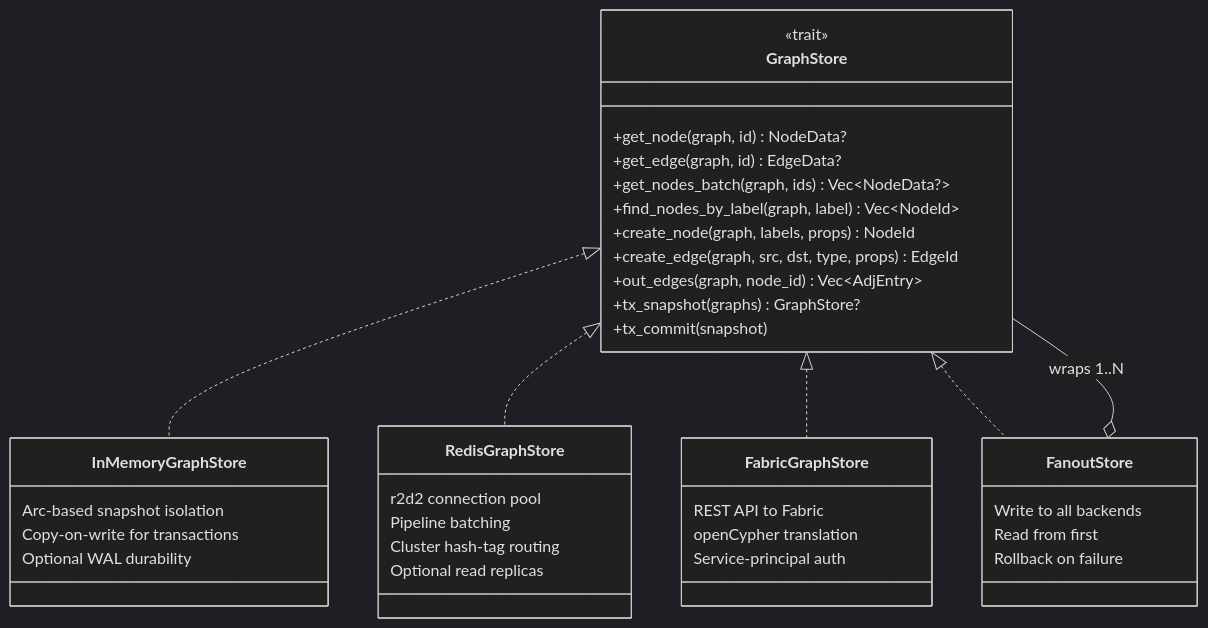
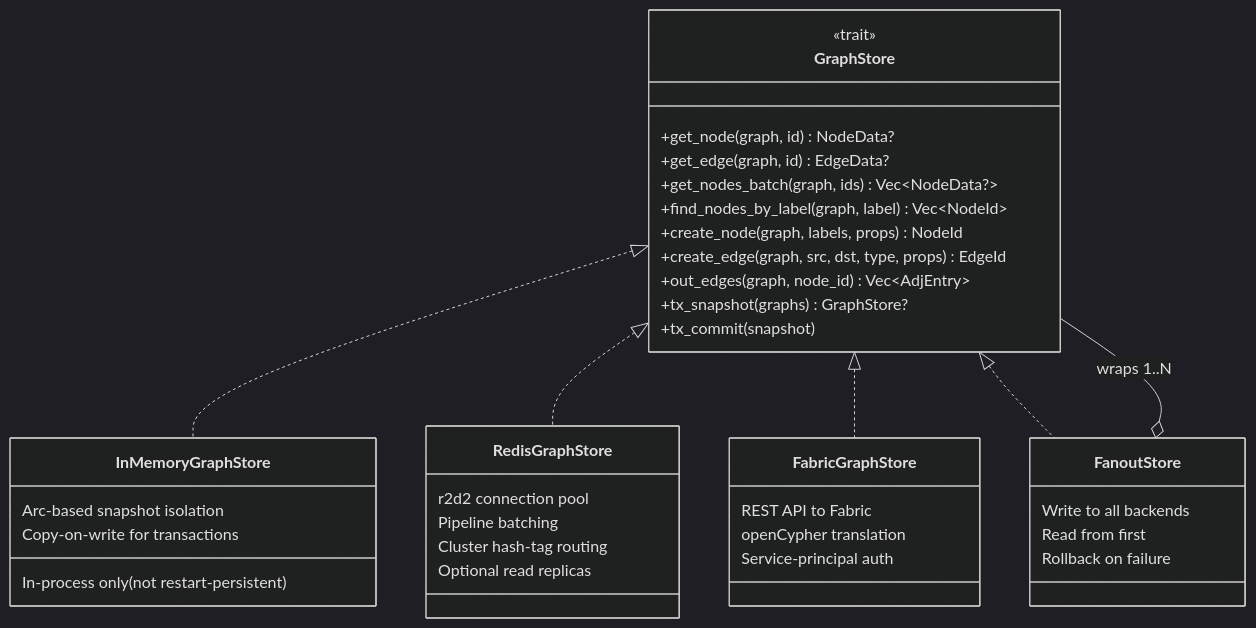
The fifth of 6 diagrams in docs/architecture.md (rysweet/SedanDelivery), drawn with Mermaid (dark theme) before and after one commit. The commit also changed other lines of this file and 2 other files, not shown here.

Commit message:
[AUDIT] Cycle 13 align module persistence docs
Align gql-module persistence docs, comments, and integration-test wording with the current in-memory contract: state survives within a running process, but restart durability is not implemented yet.

````diff
--- a/docs/architecture.md
+++ b/docs/architecture.md
@@ -157,46 +157,46 @@
 ```mermaid
 classDiagram
     class GraphStore {
         <<trait>>
         +get_node(graph, id) NodeData?
         +get_edge(graph, id) EdgeData?
         +get_nodes_batch(graph, ids) Vec~NodeData?~
         +find_nodes_by_label(graph, label) Vec~NodeId~
         +create_node(graph, labels, props) NodeId
         +create_edge(graph, src, dst, type, props) EdgeId
         +out_edges(graph, node_id) Vec~AdjEntry~
         +tx_snapshot(graphs) GraphStore?
         +tx_commit(snapshot)
     }
 
     class InMemoryGraphStore {
         Arc-based snapshot isolation
         Copy-on-write for transactions
-        Optional WAL durability
+        In-process only (not restart-persistent)
     }
 
     class RedisGraphStore {
         r2d2 connection pool
         Pipeline batching
         Cluster hash-tag routing
         Optional read replicas
     }
 
     class FabricGraphStore {
         REST API to Fabric
         openCypher translation
         Service-principal auth
     }
 
     class FanoutStore {
         Write to all backends
         Read from first
         Rollback on failure
     }
 
     GraphStore <|.. InMemoryGraphStore
     GraphStore <|.. RedisGraphStore
     GraphStore <|.. FabricGraphStore
     GraphStore <|.. FanoutStore
     FanoutStore o-- GraphStore : wraps 1..N
 ```
````
